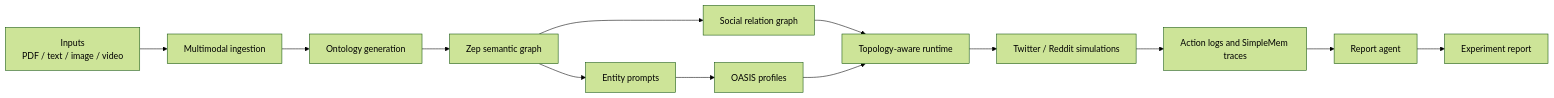
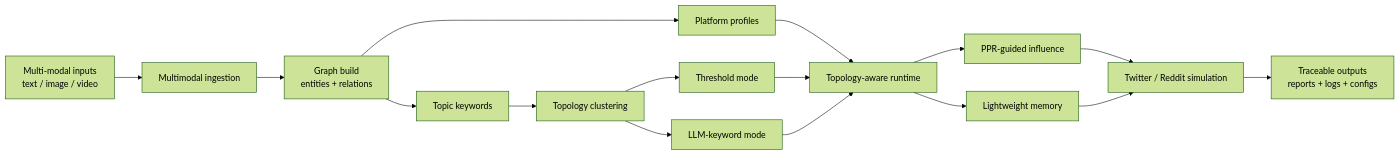
Before and after one commit to D2I-CUHKSZ/MicroWorld: the diagram in README.md, drawn with Mermaid (forest theme). The commit also changed other lines of this file, not shown here.

Commit message:
Refine README architecture diagram

````diff
--- a/README.md
+++ b/README.md
@@ -77,15 +77,21 @@
 ```mermaid
 flowchart LR
-    A["Inputs<br/>PDF / text / image / video"] --> B["Multimodal ingestion"]
-    B --> C["Ontology generation"]
-    C --> D["Zep semantic graph"]
-    D --> E["Entity prompts"]
-    D --> F["Social relation graph"]
-    E --> G["OASIS profiles"]
-    F --> H["Topology-aware runtime"]
-    G --> H
-    H --> I["Twitter / Reddit simulations"]
-    I --> J["Action logs and SimpleMem traces"]
-    J --> K["Report agent"]
-    K --> L["Experiment report"]
+    A["Multi-modal inputs<br/>text / image / video"] --> B["Multimodal ingestion"]
+    B --> C["Graph build<br/>entities + relations"]
+    C --> D["Platform profiles"]
+    C --> E["Topic keywords"]
+
+    E --> F["Topology clustering"]
+    F --> F1["Threshold mode"]
+    F --> F2["LLM-keyword mode"]
+
+    D --> G["Topology-aware runtime"]
+    F1 --> G
+    F2 --> G
+    G --> H["PPR-guided influence"]
+    G --> I["Lightweight memory"]
+    H --> J["Twitter / Reddit simulation"]
+    I --> J
+
+    J --> K["Traceable outputs<br/>reports + logs + configs"]
 ```
````
